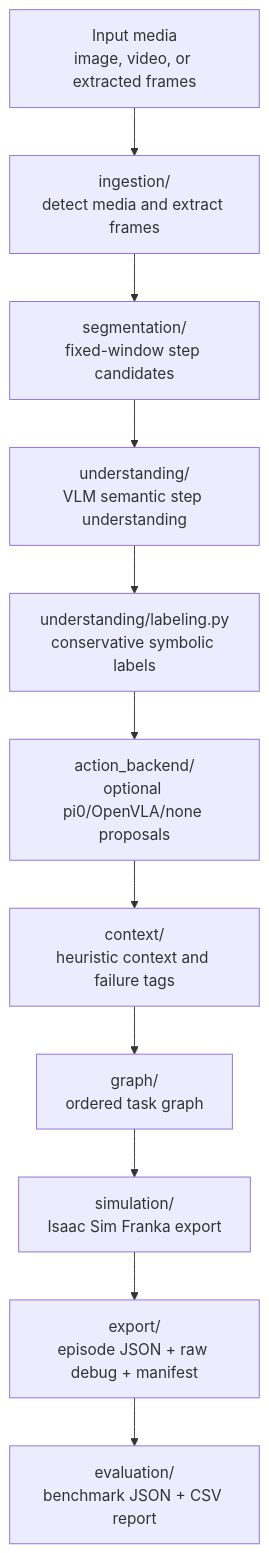
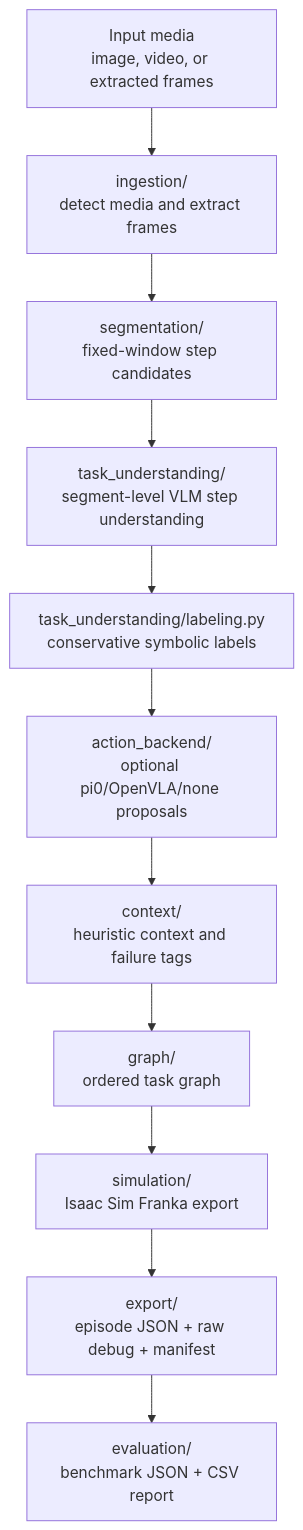
Before and after one commit to DataraAI/Software-as-a-Service: the diagram in robo_task_manipulator/README.md, drawn with Mermaid. The commit also changed other lines of this file and 23 other files, not shown here.

````diff
--- a/robo_task_manipulator/README.md
+++ b/robo_task_manipulator/README.md
@@ -25,13 +25,13 @@
 ```mermaid
 flowchart TD
     A["Input media<br/>image, video, or extracted frames"] --> B["ingestion/<br/>detect media and extract frames"]
     B --> C["segmentation/<br/>fixed-window step candidates"]
-    C --> D["understanding/<br/>VLM semantic step understanding"]
-    D --> E["understanding/labeling.py<br/>conservative symbolic labels"]
+    C --> D["task_understanding/<br/>segment-level VLM step understanding"]
+    D --> E["task_understanding/labeling.py<br/>conservative symbolic labels"]
     E --> F["action_backend/<br/>optional pi0/OpenVLA/none proposals"]
     F --> G["context/<br/>heuristic context and failure tags"]
     G --> H["graph/<br/>ordered task graph"]
     H --> I["simulation/<br/>Isaac Sim Franka export"]
     I --> J["export/<br/>episode JSON + raw debug + manifest"]
     J --> K["evaluation/<br/>benchmark JSON + CSV report"]
 ```
````
